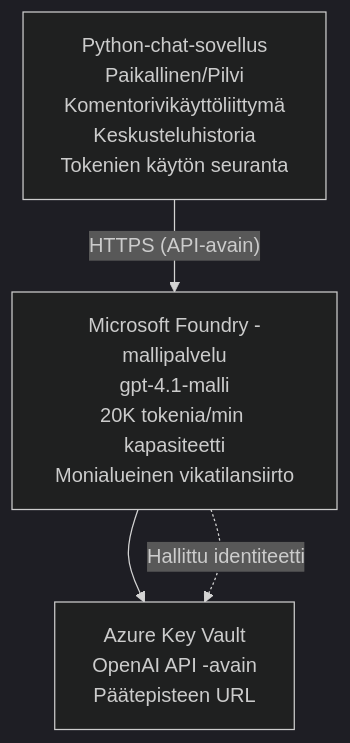
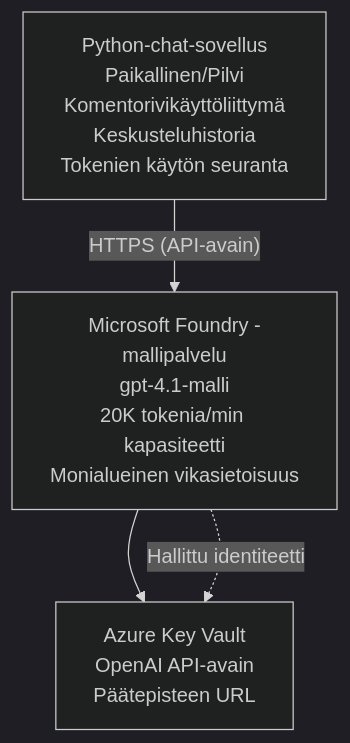
Before and after one commit to microsoft/AZD-for-beginners: the diagram in translations/fi/examples/azure-openai-chat/README.md, drawn with Mermaid (dark theme). The commit also changed other lines of this file and 104 other files, not shown here.

````diff
--- a/translations/fi/examples/azure-openai-chat/README.md
+++ b/translations/fi/examples/azure-openai-chat/README.md
@@ -26,6 +26,6 @@
 ```mermaid
 graph TD
-    App[Python-chat-sovellus<br/>Paikallinen/Pilvi<br/>Komentorivikäyttöliittymä<br/>Keskusteluhistoria<br/>Tokenien käytön seuranta] -- "HTTPS (API-avain)" --> Foundry[Microsoft Foundry -mallipalvelu<br/>gpt-4.1-malli<br/>20K tokenia/min kapasiteetti<br/>Monialueinen vikatilansiirto]
-    Foundry --> KV[Azure Key Vault<br/>OpenAI API -avain<br/>Päätepisteen URL]
+    App[Python-chat-sovellus<br/>Paikallinen/Pilvi<br/>Komentorivikäyttöliittymä<br/>Keskusteluhistoria<br/>Tokenien käytön seuranta] -- "HTTPS (API-avain)" --> Foundry[Microsoft Foundry -mallipalvelu<br/>gpt-4.1-malli<br/>20K tokenia/min kapasiteetti<br/>Monialueinen vikasietoisuus]
+    Foundry --> KV[Azure Key Vault<br/>OpenAI API-avain<br/>Päätepisteen URL]
     Foundry -. Hallittu identiteetti .-> KV
 ```
````
